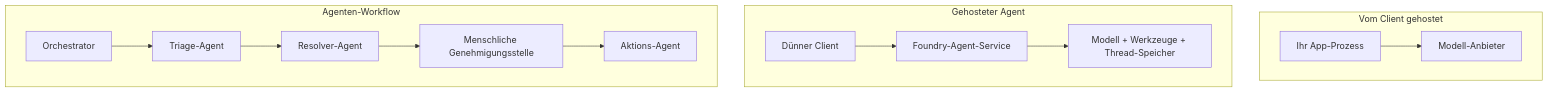
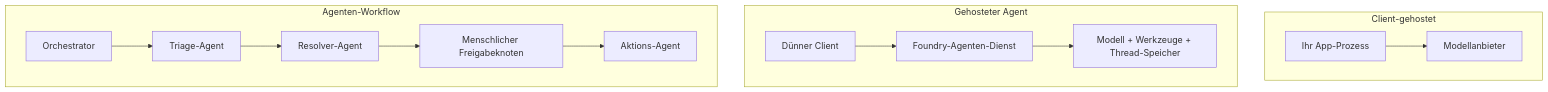
Before and after one commit to gabrielmoreira/agent-skills-mirror: the first of 4 diagrams in mirrors/repos/microsoft@ai-agents-for-beginners/translations/de/16-deploying-scalable-agents/README.md, drawn with Mermaid. The commit also changed other lines of this file and 4262 other files, not shown here.

````diff
--- a/mirrors/repos/microsoft@ai-agents-for-beginners/translations/de/16-deploying-scalable-agents/README.md
+++ b/mirrors/repos/microsoft@ai-agents-for-beginners/translations/de/16-deploying-scalable-agents/README.md
@@ -87,16 +87,16 @@
 ```mermaid
 flowchart TB
-    subgraph P1[Vom Client gehostet]
-        A1[Ihr App-Prozess] --> M1[Modell-Anbieter]
+    subgraph P1[Client-gehostet]
+        A1[Ihr App-Prozess] --> M1[Modellanbieter]
     end
     subgraph P2[Gehosteter Agent]
-        A2[Dünner Client] --> F2[Foundry-Agent-Service]
+        A2[Dünner Client] --> F2[Foundry-Agenten-Dienst]
         F2 --> M2[Modell + Werkzeuge + Thread-Speicher]
     end
     subgraph P3[Agenten-Workflow]
         A3[Orchestrator] --> S1[Triage-Agent]
         S1 --> S2[Resolver-Agent]
-        S2 --> H[Menschliche Genehmigungsstelle]
+        S2 --> H[Menschlicher Freigabeknoten]
         H --> S3[Aktions-Agent]
     end
 ```
````
